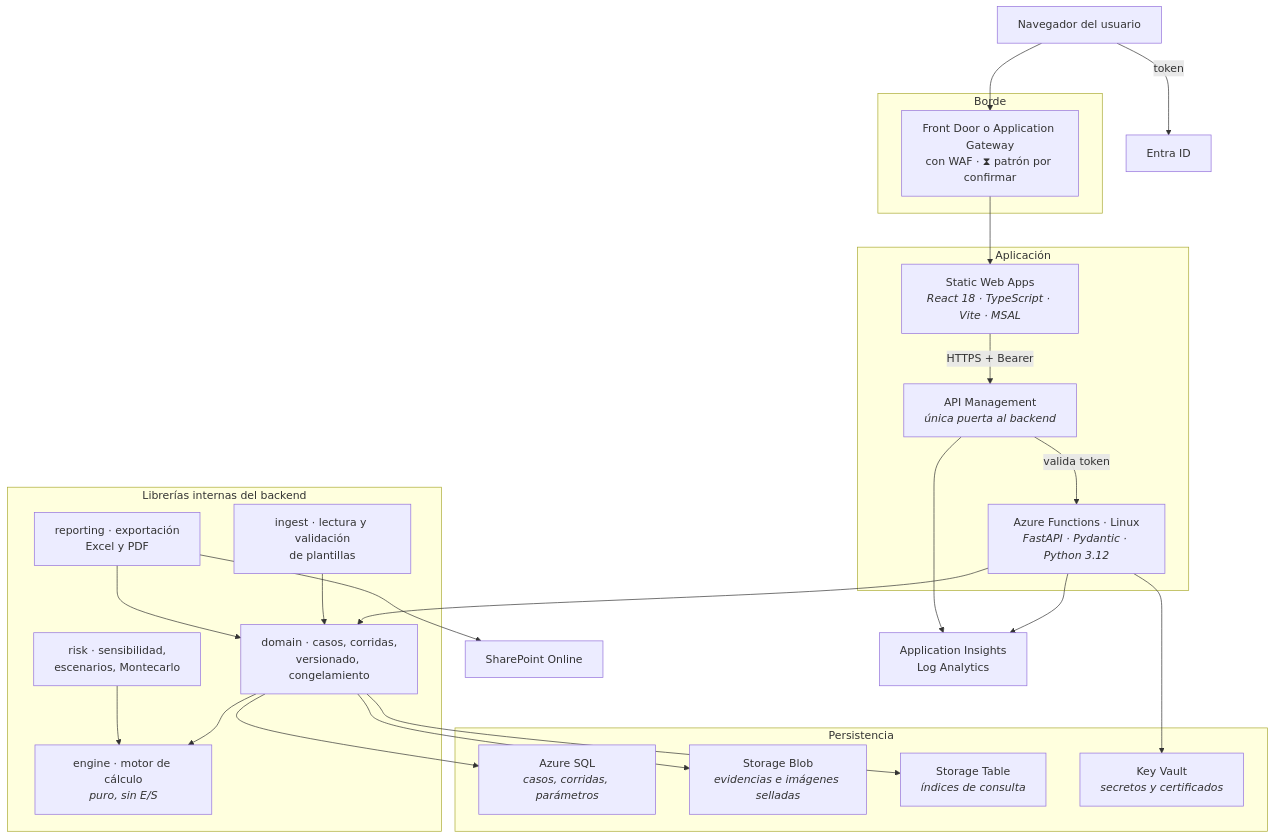
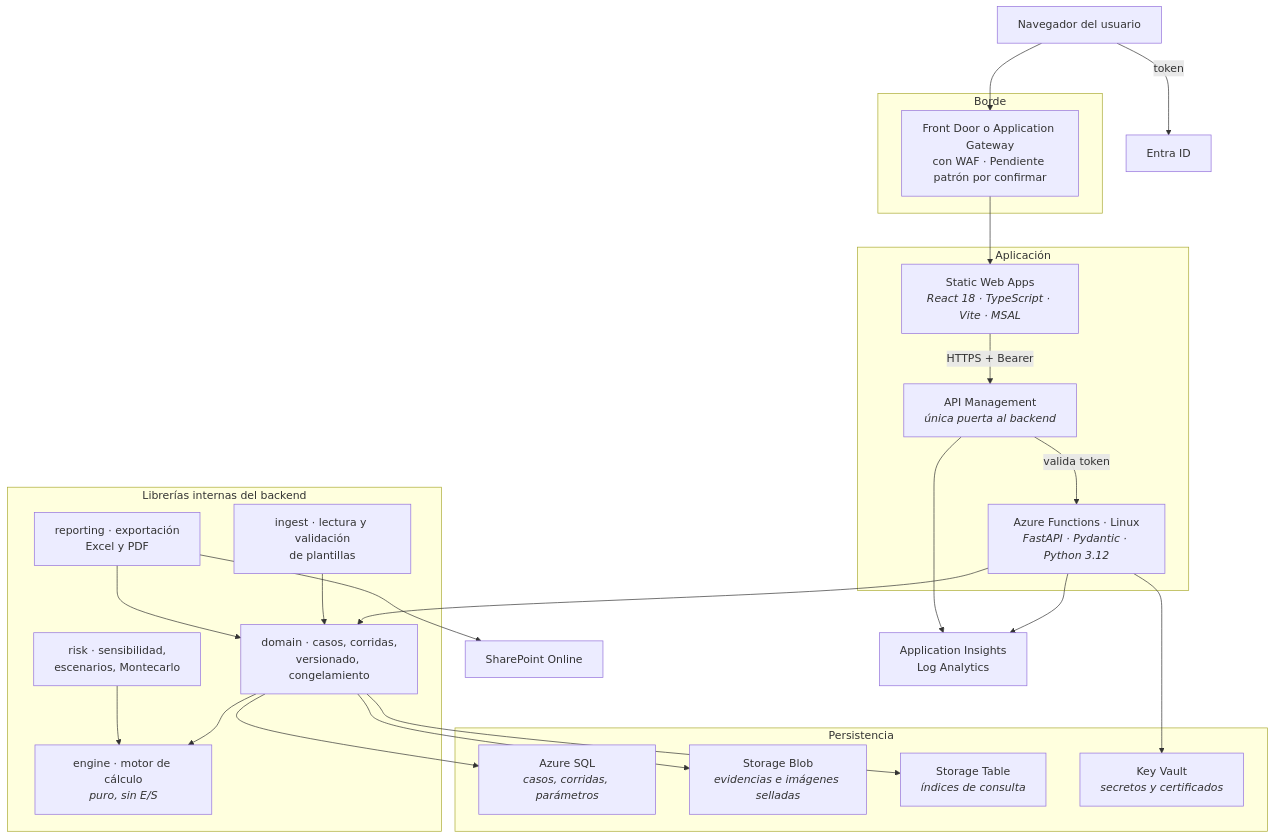
The second of 7 diagrams in docs/arquitectura/artefacto-arquitectura.md (DanRL30/MEM), drawn with Mermaid before and after one commit. The commit also changed other lines of this file and 8 other files, not shown here.

````diff
--- a/docs/arquitectura/artefacto-arquitectura.md
+++ b/docs/arquitectura/artefacto-arquitectura.md
@@ -105,50 +105,50 @@
 ```mermaid
 graph TB
     U["Navegador del usuario"]
 
     subgraph BORDE["Borde"]
-        AFD["Front Door o Application Gateway<br/>con WAF · ⧗ patrón por confirmar"]
+        AFD["Front Door o Application Gateway<br/>con WAF · Pendiente patrón por confirmar"]
     end
 
     subgraph APP["Aplicación"]
         SWA["Static Web Apps<br/><i>React 18 · TypeScript · Vite · MSAL</i>"]
         APIM["API Management<br/><i>única puerta al backend</i>"]
         FUNC["Azure Functions · Linux<br/><i>FastAPI · Pydantic · Python 3.12</i>"]
     end
 
     subgraph LIB["Librerías internas del backend"]
         ENG["engine · motor de cálculo<br/><i>puro, sin E/S</i>"]
         DOM["domain · casos, corridas,<br/>versionado, congelamiento"]
         ING["ingest · lectura y validación<br/>de plantillas"]
         RSK["risk · sensibilidad,<br/>escenarios, Montecarlo"]
         REP["reporting · exportación<br/>Excel y PDF"]
     end
 
     subgraph DATOS["Persistencia"]
         SQL["Azure SQL<br/><i>casos, corridas, parámetros</i>"]
         BLOB["Storage Blob<br/><i>evidencias e imágenes selladas</i>"]
         TBL["Storage Table<br/><i>índices de consulta</i>"]
         KV["Key Vault<br/><i>secretos y certificados</i>"]
     end
 
     ENTRA["Entra ID"]
     SP["SharePoint Online"]
     AI["Application Insights<br/>Log Analytics"]
 
     U --> AFD --> SWA
     U -->|token| ENTRA
     SWA -->|"HTTPS + Bearer"| APIM
     APIM -->|"valida token"| FUNC
     FUNC --> DOM
     DOM --> ENG
     ING --> DOM
     RSK --> ENG
     REP --> DOM
     DOM --> SQL
     DOM --> BLOB
     DOM --> TBL
     FUNC --> KV
     REP --> SP
     FUNC --> AI
     APIM --> AI
 ```
````
